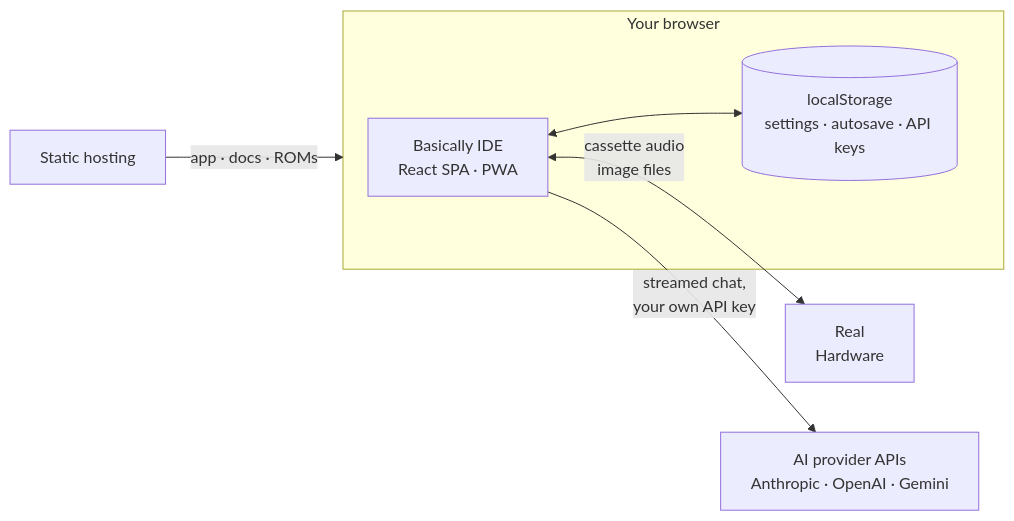
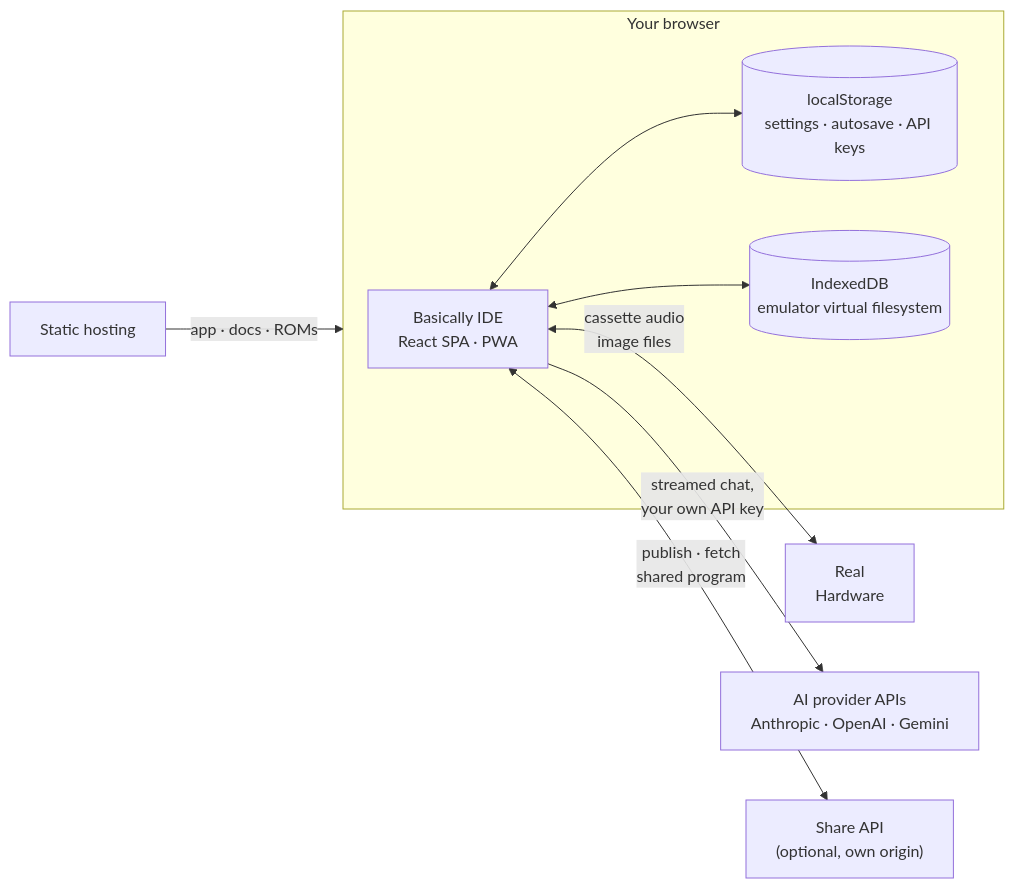
Before and after one commit to seanhodges/basically: the first of 9 diagrams in docs/contributing/architecture.md, drawn with Mermaid. The commit also changed other lines of this file, not shown here.

First line of the commit message:
docs: bring the architecture page back in line with the codebase

````diff
--- a/docs/contributing/architecture.md
+++ b/docs/contributing/architecture.md
@@ -30,12 +38,15 @@
 ```mermaid
 flowchart LR
   subgraph browser ["Your browser"]
     ide["Basically IDE<br/>React SPA · PWA"]
     ls[("localStorage<br/>settings · autosave · API keys")]
+    idb[("IndexedDB<br/>emulator virtual filesystem")]
     ide <--> ls
+    ide <--> idb
   end
 
   host["Static hosting"] -->|"app · docs · ROMs"| browser
   ide <-->|"cassette audio <br/> image files"| hw["Real<br/>Hardware"]
   ide -->|"streamed chat,<br/>your own API key"| ai["AI provider APIs<br/>Anthropic · OpenAI · Gemini"]
+  ide <-->|"publish · fetch<br/>shared program"| share["Share API<br/>(optional, own origin)"]
 ```
````
